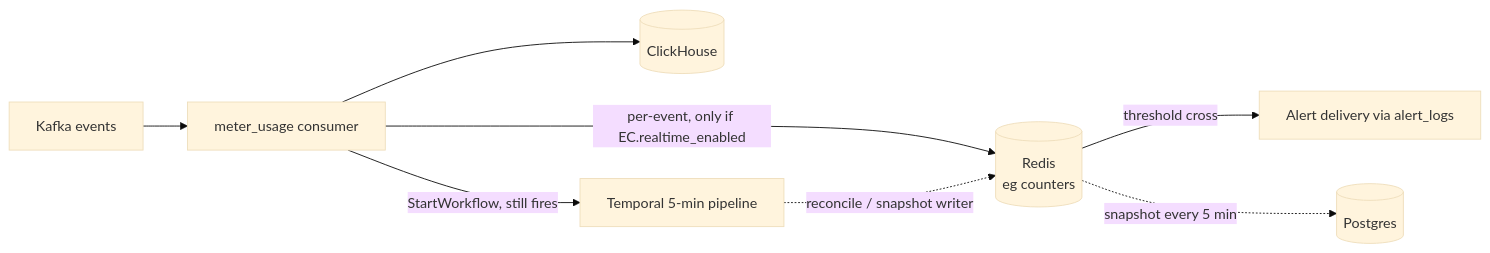
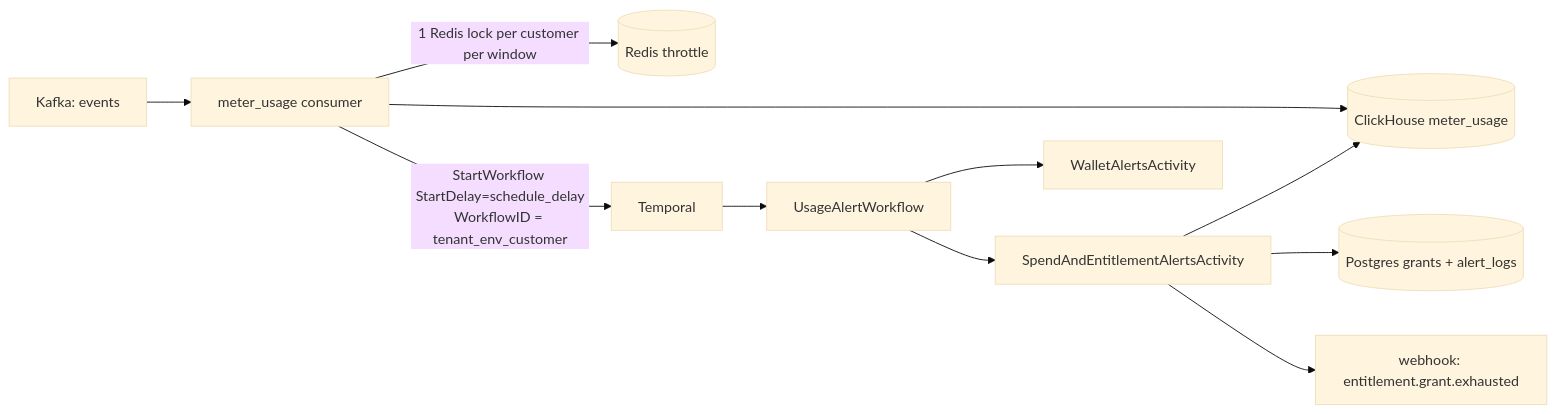
One commit to flexprice/flexprice changed the second of 2 diagrams in docs/design/2026-07-08-FLE-959-Entitlements-Revamp.md. Above: the diagram before and after it, drawn with Mermaid (base theme). The commit also changed other lines of this file and 21 other files, not shown here.

````diff
--- a/docs/design/2026-07-08-FLE-959-Entitlements-Revamp.md
+++ b/docs/design/2026-07-08-FLE-959-Entitlements-Revamp.md
@@ -799,11 +141,13 @@
 ```mermaid
 flowchart LR
-    KE[Kafka events] --> CONS[meter_usage consumer]
-    CONS --> CH[(ClickHouse)]
-    CONS -->|per-event, only if EC.realtime_enabled| REDIS[(Redis<br/>eg counters)]
-    REDIS -->|threshold cross| DELIV[Alert delivery via alert_logs]
-    REDIS -.->|snapshot every 5 min| PG[(Postgres)]
-
-    CONS -->|StartWorkflow, still fires| T[Temporal 5-min pipeline]
-    T -.->|reconcile / snapshot writer| REDIS
+    KE[Kafka: events] --> CONS[meter_usage consumer]
+    CONS --> CH[(ClickHouse meter_usage)]
+    CONS -->|1 Redis lock per customer per window| REDIS[(Redis throttle)]
+    CONS -->|StartWorkflow StartDelay=schedule_delay<br/>WorkflowID = tenant_env_customer| T[Temporal]
+    T --> WF[UsageAlertWorkflow]
+    WF --> A1[SpendAndEntitlementAlertsActivity]
+    WF --> A2[WalletAlertsActivity]
+    A1 --> CH
+    A1 --> PG[(Postgres grants + alert_logs)]
+    A1 --> SVIX[webhook: entitlement.grant.exhausted]
 ```
````
